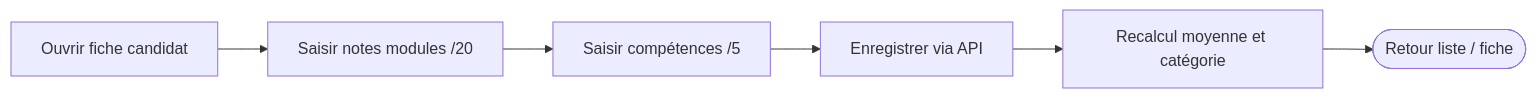
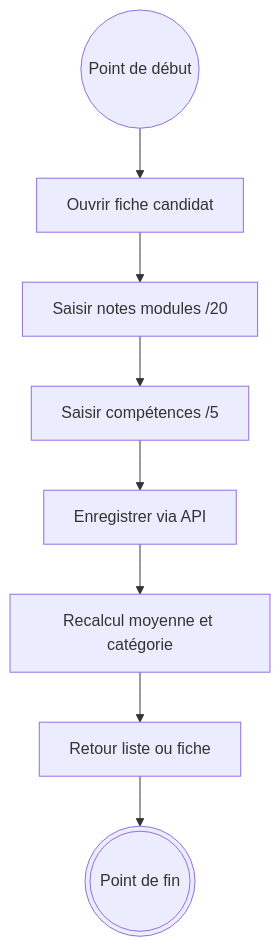
The second of 5 diagrams in docs/uml/mcd-mld-activite.md (ayaAhd123/cmh_career_hub), drawn with Mermaid before and after one commit. The commit also changed other lines of this file, not shown here.

First line of the commit message:
Clarify MCD vs MLD and fix activity diagram start/end nodes.

````diff
--- a/docs/uml/mcd-mld-activite.md
+++ b/docs/uml/mcd-mld-activite.md
@@ -44,8 +54,13 @@
 ```mermaid
-flowchart LR
-    A[Ouvrir fiche candidat] --> B[Saisir notes modules /20]
+flowchart TD
+    debut((Point de début))
+    fin(((Point de fin)))
+
+    debut --> A[Ouvrir fiche candidat]
+    A --> B[Saisir notes modules /20]
     B --> C[Saisir compétences /5]
     C --> D[Enregistrer via API]
     D --> E[Recalcul moyenne et catégorie]
-    E --> F([Retour liste / fiche])
+    E --> F[Retour liste ou fiche]
+    F --> fin
 ```
````
